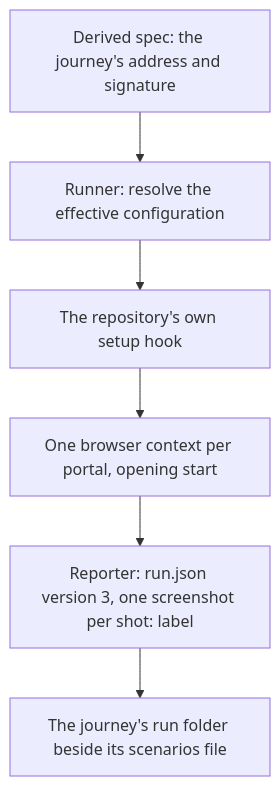
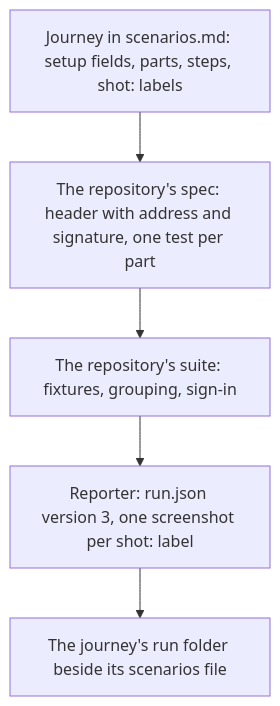
The second of 4 diagrams in .devbook/arc42/building-blocks/devbook.md (JSdotNet/devbook), drawn with Mermaid before and after one commit. The commit also changed other lines of this file and 22 other files, not shown here.

First line of the commit message:
feat(devbook): point at journey specs, stop shipping the scenario runner

````diff
--- a/.devbook/arc42/building-blocks/devbook.md
+++ b/.devbook/arc42/building-blocks/devbook.md
@@ -799,8 +799,7 @@
 ```mermaid
 flowchart TD
-    spec["Derived spec: the journey's address and signature"] --> runner["Runner: resolve the effective configuration"]
-    runner --> hook["The repository's own setup hook"]
-    hook --> browser["One browser context per portal, opening start"]
-    browser --> reporter["Reporter: run.json version 3, one screenshot per shot: label"]
+    journey["Journey in scenarios.md: setup fields, parts, steps, shot: labels"] --> spec["The repository's spec: header with address and signature, one test per part"]
+    spec --> suite["The repository's suite: fixtures, grouping, sign-in"]
+    suite --> reporter["Reporter: run.json version 3, one screenshot per shot: label"]
     reporter --> folder["The journey's run folder beside its scenarios file"]
 ```
````
